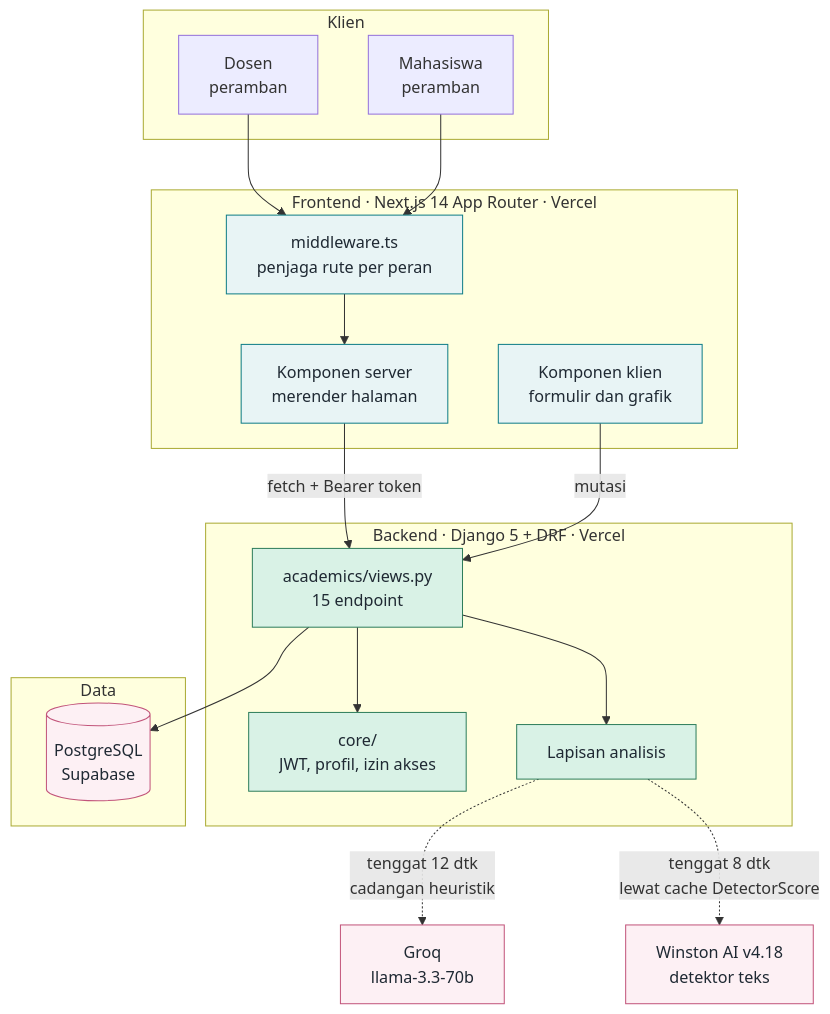
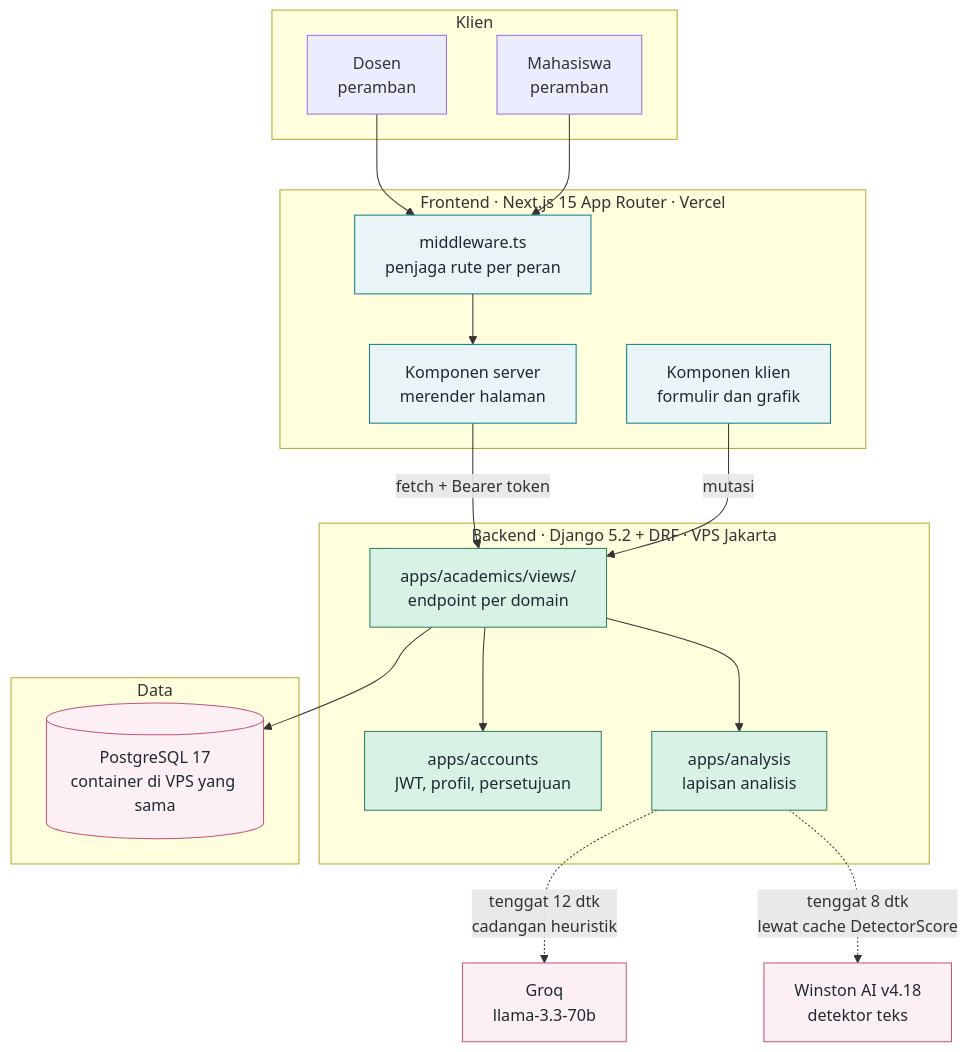
The first of 4 diagrams in diagram/01-arsitektur-sistem.md (FadhRach/ThinkPath), drawn with Mermaid before and after one commit. The commit also changed other lines of this file and 7 other files, not shown here.

First line of the commit message:
docs: ERD basis data, runbook VPS, dan arsitektur setelah migrasi

````diff
--- a/diagram/01-arsitektur-sistem.md
+++ b/diagram/01-arsitektur-sistem.md
@@ -15,44 +15,44 @@
 ```mermaid
 flowchart TB
     subgraph K["Klien"]
         D["Dosen<br/>peramban"]
         M["Mahasiswa<br/>peramban"]
     end
 
-    subgraph FE["Frontend · Next.js 14 App Router · Vercel"]
+    subgraph FE["Frontend · Next.js 15 App Router · Vercel"]
         MW["middleware.ts<br/>penjaga rute per peran"]
         SC["Komponen server<br/>merender halaman"]
         CC["Komponen klien<br/>formulir dan grafik"]
     end
 
-    subgraph BE["Backend · Django 5 + DRF · Vercel"]
-        AUTH["core/<br/>JWT, profil, izin akses"]
-        API["academics/views.py<br/>15 endpoint"]
-        AN["Lapisan analisis"]
+    subgraph BE["Backend · Django 5.2 + DRF · VPS Jakarta"]
+        AUTH["apps/accounts<br/>JWT, profil, persetujuan"]
+        API["apps/academics/views/<br/>endpoint per domain"]
+        AN["apps/analysis<br/>lapisan analisis"]
     end
 
     subgraph DB["Data"]
-        PG[("PostgreSQL<br/>Supabase")]
+        PG[("PostgreSQL 17<br/>container di VPS yang sama")]
     end
 
     LLM["Groq<br/>llama-3.3-70b"]
     WIN["Winston AI v4.18<br/>detektor teks"]
 
     D --> MW
     M --> MW
     MW --> SC
     SC -->|"fetch + Bearer token"| API
     CC -->|"mutasi"| API
     API --> AUTH
     API --> AN
     AN -.->|"tenggat 12 dtk<br/>cadangan heuristik"| LLM
     AN -.->|"tenggat 8 dtk<br/>lewat cache DetectorScore"| WIN
     API --> PG
 
     classDef fe fill:#E8F4F5,stroke:#0E7C86,color:#1F2933
     classDef be fill:#D9F2E6,stroke:#2E7D5B,color:#1F2933
     classDef ext fill:#FDF0F4,stroke:#C2547A,color:#1F2933
     class MW,SC,CC fe
     class AUTH,API,AN be
     class LLM,WIN,PG ext
 ```
````
